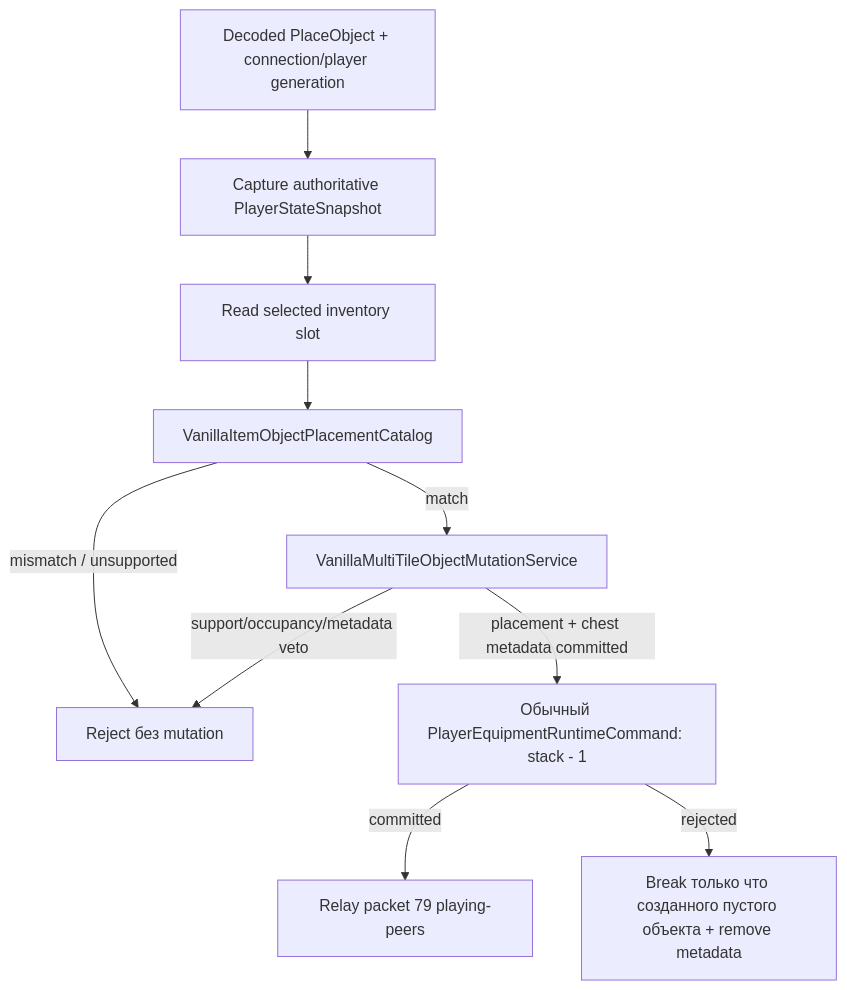
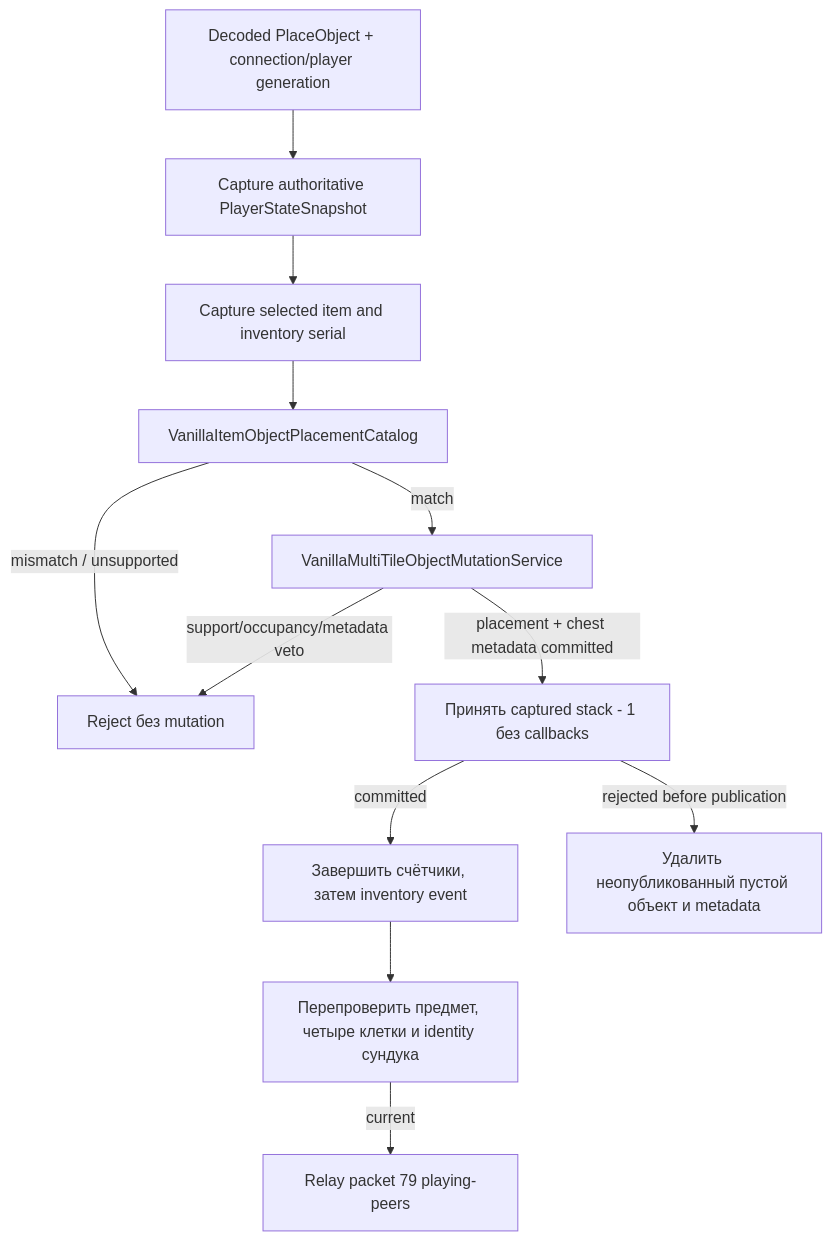
The second of 2 diagrams in docs/ru/object-placement-authority.md (VegaKernel/TerraRuntime), drawn with Mermaid before and after one commit. The commit also changed other lines of this file and 25 other files, not shown here.

Commit message:
Extend selected placeable phases and publish inventory atomically

````diff
--- a/docs/ru/object-placement-authority.md
+++ b/docs/ru/object-placement-authority.md
@@ -34,12 +34,14 @@
 ```mermaid
 flowchart TD
     Request["Decoded PlaceObject + connection/player generation"] --> Player["Capture authoritative PlayerStateSnapshot"]
-    Player --> Item["Read selected inventory slot"]
+    Player --> Item["Capture selected item and inventory serial"]
     Item --> Catalog["VanillaItemObjectPlacementCatalog"]
     Catalog -->|match| World["VanillaMultiTileObjectMutationService"]
     Catalog -->|mismatch / unsupported| Reject["Reject без mutation"]
-    World -->|placement + chest metadata committed| Consume["Обычный PlayerEquipmentRuntimeCommand: stack - 1"]
+    World -->|placement + chest metadata committed| Consume["Принять captured stack - 1 без callbacks"]
     World -->|support/occupancy/metadata veto| Reject
-    Consume -->|committed| Relay["Relay packet 79 playing-peers"]
-    Consume -->|rejected| Rollback["Break только что созданного пустого объекта + remove metadata"]
+    Consume -->|committed| Publish["Завершить счётчики, затем inventory event"]
+    Consume -->|rejected before publication| Rollback["Удалить неопубликованный пустой объект и metadata"]
+    Publish --> Current["Перепроверить предмет, четыре клетки и identity сундука"]
+    Current -->|current| Relay["Relay packet 79 playing-peers"]
 ```
````
